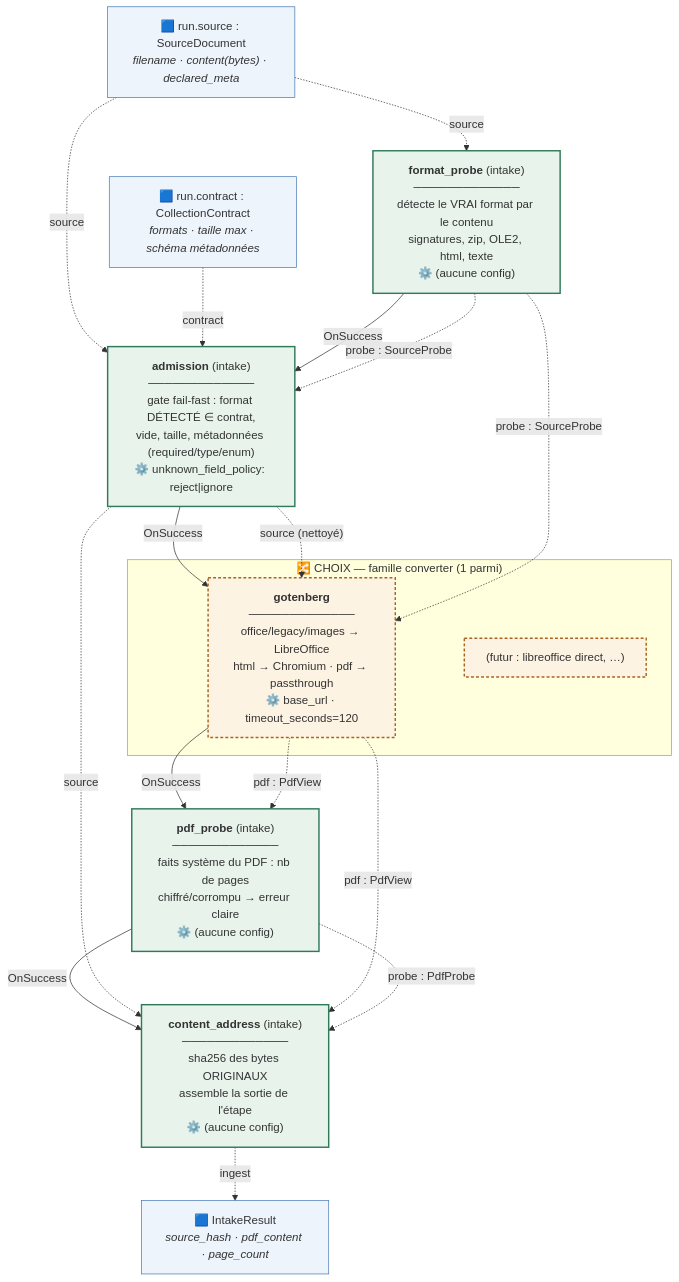
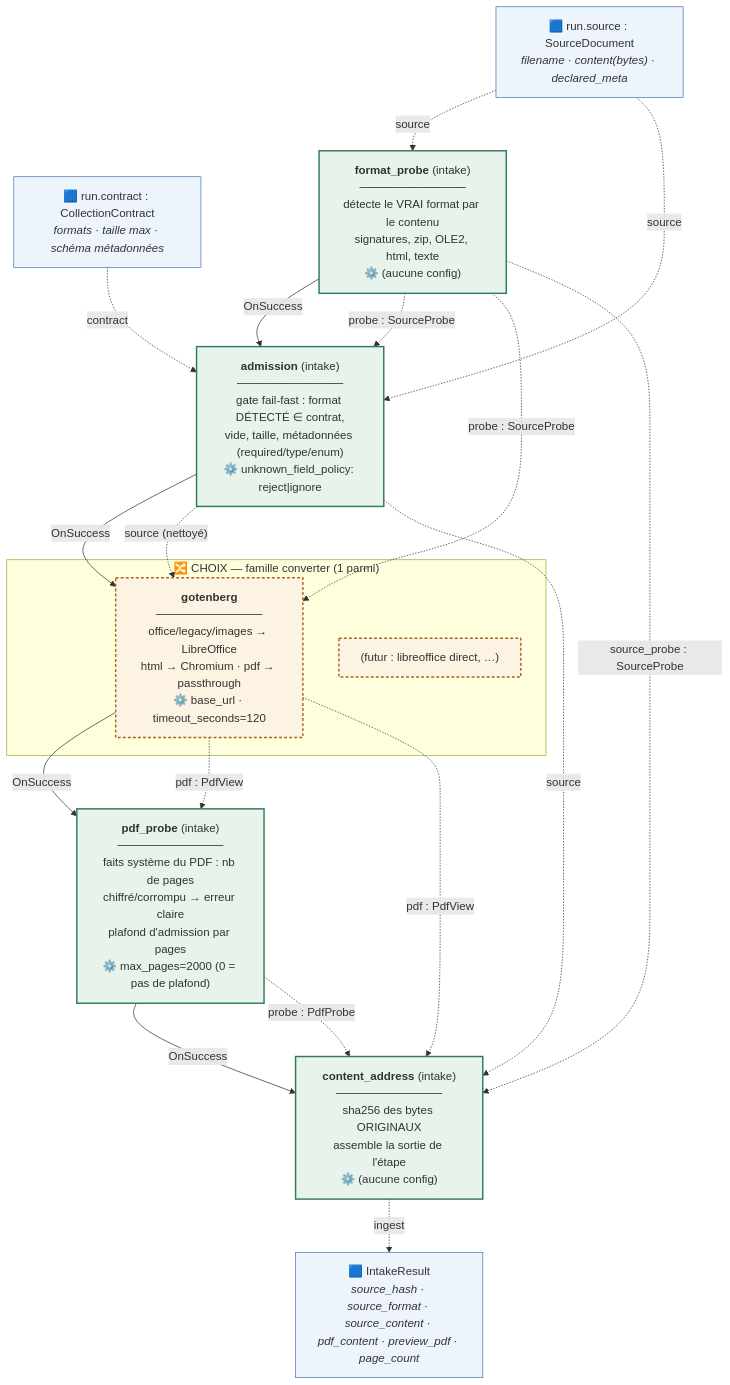
One commit to Florian-BARRE/DocForge changed the second of 4 diagrams in src/docforge/PIPELINE.md. Above: the diagram before and after it, drawn with Mermaid. The commit also changed other lines of this file and 1 other file, not shown here.

````diff
--- a/src/docforge/PIPELINE.md
+++ b/src/docforge/PIPELINE.md
@@ -81,38 +81,39 @@
 ```mermaid
 flowchart TB
     classDef artefact fill:#eef4fb,stroke:#4a7ab5,stroke-width:1px
     classDef node fill:#e8f3ec,stroke:#2f7a58,stroke-width:2px
     classDef choice fill:#fdf3e3,stroke:#a9631f,stroke-width:2px,stroke-dasharray: 4 3
 
     SRC["🟦 run.source : SourceDocument<br/><i>filename · content(bytes) · declared_meta</i>"]:::artefact
     CTR["🟦 run.contract : CollectionContract<br/><i>formats · taille max · schéma métadonnées</i>"]:::artefact
 
     PROBE["<b>format_probe</b> (intake)<br/>─────────────<br/>détecte le VRAI format par le contenu<br/>signatures, zip, OLE2, html, texte<br/>⚙️ (aucune config)"]:::node
     ADMIT["<b>admission</b> (intake)<br/>─────────────<br/>gate fail-fast : format DÉTECTÉ ∈ contrat,<br/>vide, taille, métadonnées (required/type/enum)<br/>⚙️ unknown_field_policy: reject|ignore"]:::node
 
     subgraph CONV["🔀 CHOIX — famille converter (1 parmi)"]
         GOT["<b>gotenberg</b><br/>─────────────<br/>office/legacy/images → LibreOffice<br/>html → Chromium · pdf → passthrough<br/>⚙️ base_url · timeout_seconds=120"]:::choice
         FUT1["(futur : libreoffice direct, …)"]:::choice
     end
 
-    PDFP["<b>pdf_probe</b> (intake)<br/>─────────────<br/>faits système du PDF : nb de pages<br/>chiffré/corrompu → erreur claire<br/>⚙️ (aucune config)"]:::node
+    PDFP["<b>pdf_probe</b> (intake)<br/>─────────────<br/>faits système du PDF : nb de pages<br/>chiffré/corrompu → erreur claire<br/>plafond d'admission par pages<br/>⚙️ max_pages=2000 (0 = pas de plafond)"]:::node
     CAD["<b>content_address</b> (intake)<br/>─────────────<br/>sha256 des bytes ORIGINAUX<br/>assemble la sortie de l'étape<br/>⚙️ (aucune config)"]:::node
 
-    OUT["🟦 IntakeResult<br/><i>source_hash · pdf_content · page_count</i>"]:::artefact
+    OUT["🟦 IntakeResult<br/><i>source_hash · source_format · source_content · pdf_content · preview_pdf · page_count</i>"]:::artefact
 
     SRC -.->|"source"| PROBE
     SRC -.->|"source"| ADMIT
     CTR -.->|"contract"| ADMIT
     PROBE -->|"OnSuccess"| ADMIT
     PROBE -.->|"probe : SourceProbe"| ADMIT
     ADMIT -->|"OnSuccess"| GOT
     ADMIT -.->|"source (nettoyé)"| GOT
     PROBE -.->|"probe : SourceProbe"| GOT
     GOT -->|"OnSuccess"| PDFP
     GOT -.->|"pdf : PdfView"| PDFP
     PDFP -->|"OnSuccess"| CAD
     ADMIT -.->|"source"| CAD
+    PROBE -.->|"source_probe : SourceProbe"| CAD
     GOT -.->|"pdf : PdfView"| CAD
     PDFP -.->|"probe : PdfProbe"| CAD
     CAD -.->|"ingest"| OUT
 ```
````
